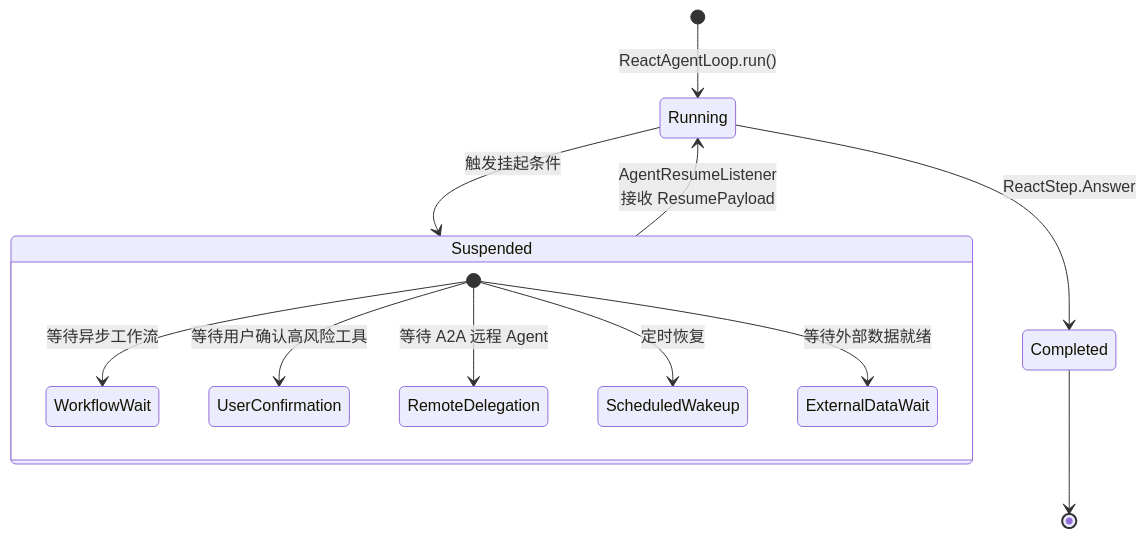
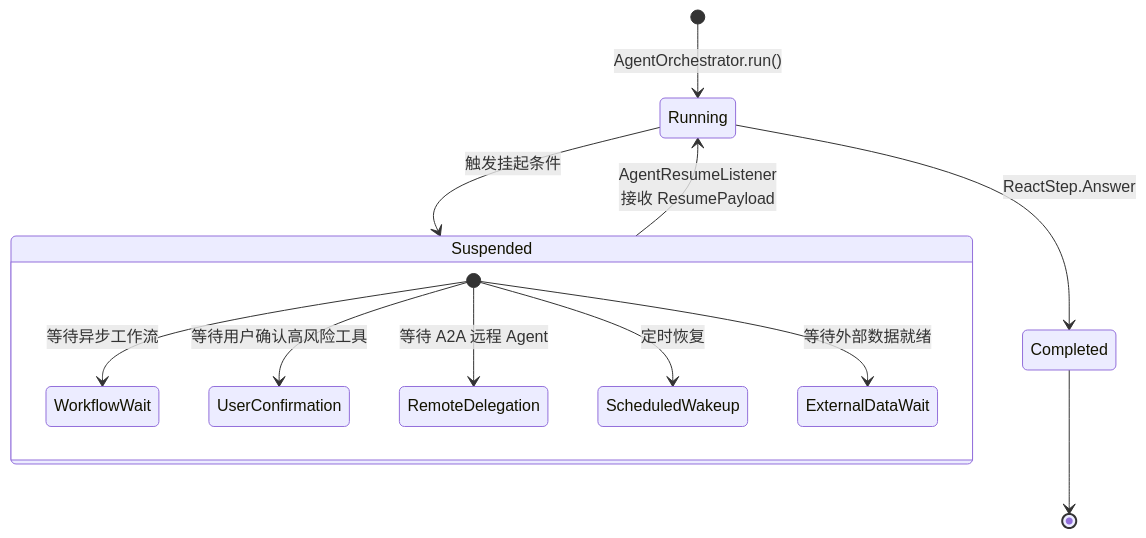
One commit to ntygod/LifePilot changed diagram 15 of 35 in ARCHITECTURE-DIAGRAMS.md. Above: the diagram before and after it, drawn with Mermaid. The commit also changed other lines of this file and 46 other files, not shown here.

````diff
--- a/ARCHITECTURE-DIAGRAMS.md
+++ b/ARCHITECTURE-DIAGRAMS.md
@@ -706,18 +704,18 @@
 ```mermaid
 stateDiagram-v2
-    [*] --> Running: ReactAgentLoop.run()
+    [*] --> Running: AgentOrchestrator.run()
     
     Running --> Suspended: 触发挂起条件
     
     state Suspended {
         [*] --> WorkflowWait: 等待异步工作流
         [*] --> UserConfirmation: 等待用户确认高风险工具
         [*] --> RemoteDelegation: 等待 A2A 远程 Agent
         [*] --> ScheduledWakeup: 定时恢复
         [*] --> ExternalDataWait: 等待外部数据就绪
     }
 
     Suspended --> Running: AgentResumeListener<br/>接收 ResumePayload
     Running --> Completed: ReactStep.Answer
     Completed --> [*]
 ```
````
